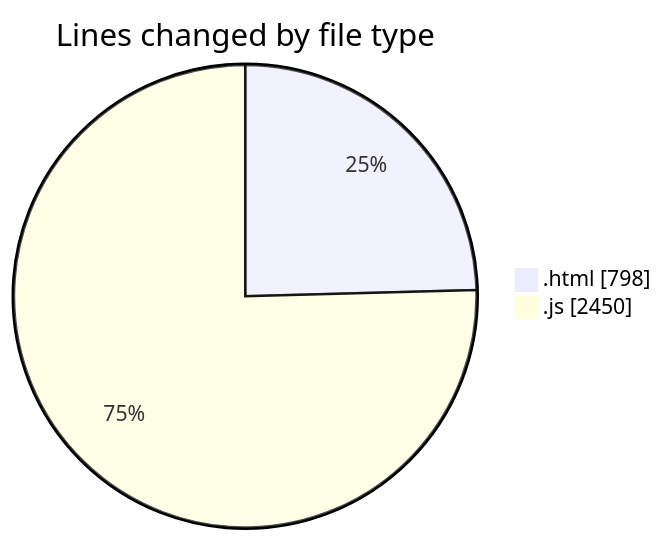
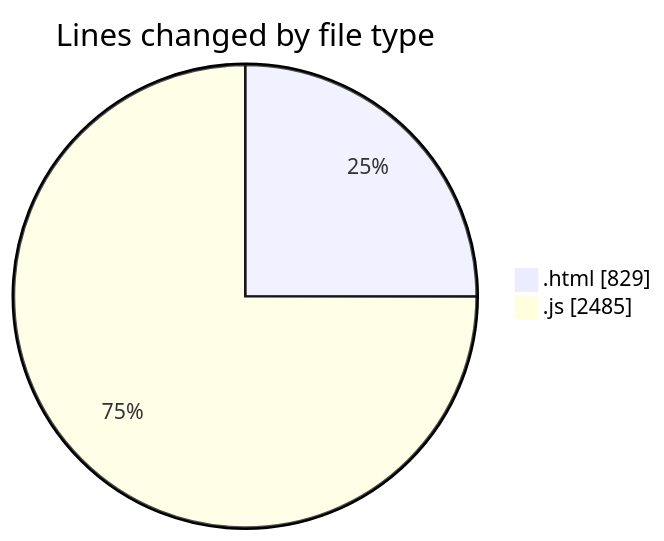
Before and after one commit to becaeroporto-bot/code-tracking: the first of 2 diagrams in 2026-02-19/bot_v1_2/README.md, drawn with Mermaid. The commit also changed other lines of this file and 1 other file, not shown here.

````diff
--- a/2026-02-19/bot_v1_2/README.md
+++ b/2026-02-19/bot_v1_2/README.md
@@ -26,6 +26,6 @@
 ```mermaid
 pie showData
 title Lines changed by file type
-".html" : 798
-".js" : 2450
+".html" : 829
+".js" : 2485
 ```
````
